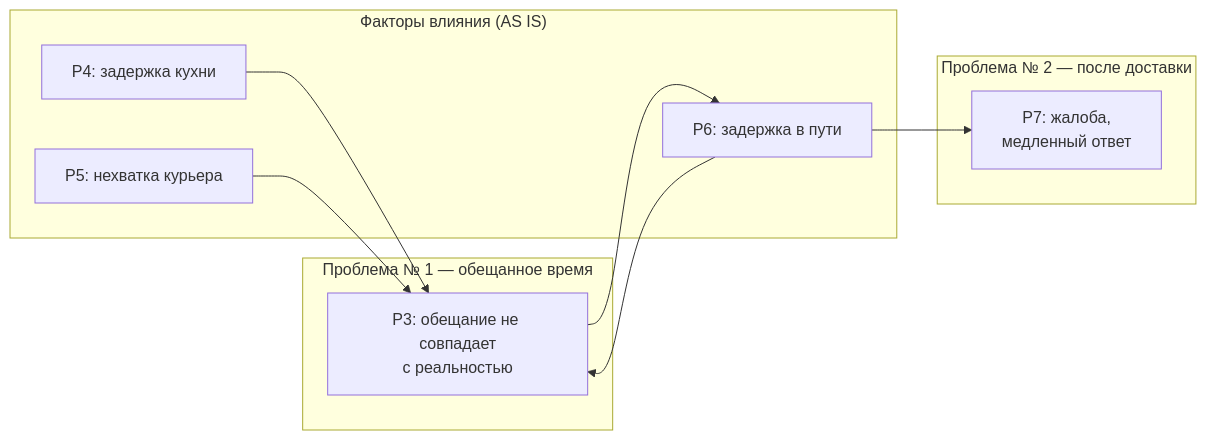
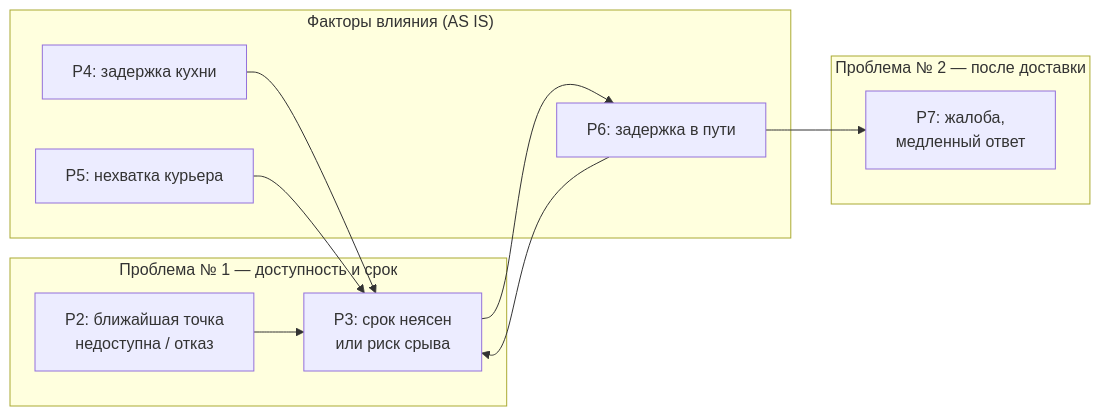
One commit to sm0173/kursach_po_modelkam changed the second of 2 diagrams in Курсач по моделькам/курсовая_моделирование_организации/03_модели_экспорт/process_landscape.md. Above: the diagram before and after it, drawn with Mermaid. The commit also changed other lines of this file and 18 other files, not shown here.

````diff
--- a/Курсач по моделькам/курсовая_моделирование_организации/03_модели_экспорт/process_landscape.md
+++ b/Курсач по моделькам/курсовая_моделирование_организации/03_модели_экспорт/process_landscape.md
@@ -84,22 +84,24 @@
 ```mermaid
 flowchart LR
-    subgraph PROB1["Проблема № 1 — обещанное время"]
-        P3p["P3: обещание не совпадает<br/>с реальностью"]
+    subgraph PROB1["Проблема № 1 — доступность и срок"]
+        P2p["P2: ближайшая точка<br/>недоступна / отказ"]
+        P3p["P3: срок неясен<br/>или риск срыва"]
     end
 
     subgraph CAUSE["Факторы влияния (AS IS)"]
         P4p["P4: задержка кухни"]
         P5p["P5: нехватка курьера"]
         P6p["P6: задержка в пути"]
     end
 
     subgraph PROB2["Проблема № 2 — после доставки"]
         P7p["P7: жалоба,<br/>медленный ответ"]
     end
 
+    P2p --> P3p
     P4p --> P3p
     P5p --> P3p
     P6p --> P3p
     P3p --> P6p
     P6p --> P7p
 ```
````
